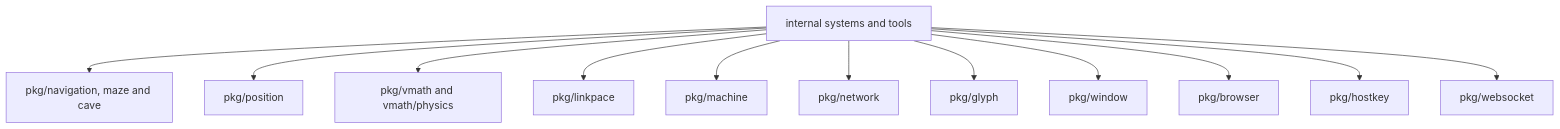
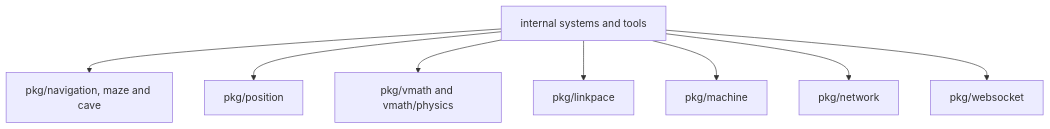
One commit to lixenwraith/vif changed the fourth of 4 diagrams in doc/package-map.md. Above: the diagram before and after it, drawn with Mermaid. The commit also changed other lines of this file and 67 other files, not shown here.

````diff
--- a/doc/package-map.md
+++ b/doc/package-map.md
@@ -127,14 +127,10 @@
 ```mermaid
 flowchart TD
     Game["internal systems and tools"] --> Nav["pkg/navigation, maze and cave"]
     Game --> Position["pkg/position"]
     Game --> Physics["pkg/vmath and vmath/physics"]
     Game --> Link["pkg/linkpace"]
     Game --> Machine["pkg/machine"]
     Game --> Network["pkg/network"]
-    Game --> Glyph["pkg/glyph"]
-    Game --> Window["pkg/window"]
-    Game --> Browser["pkg/browser"]
-    Game --> HostKey["pkg/hostkey"]
     Game --> Socket["pkg/websocket"]
 ```
````
